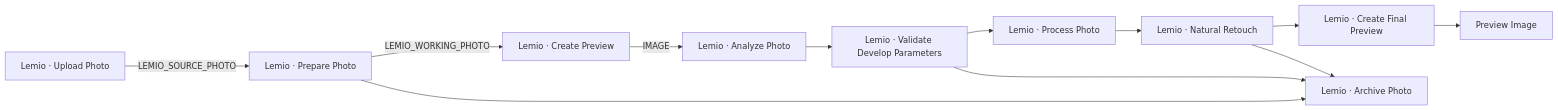
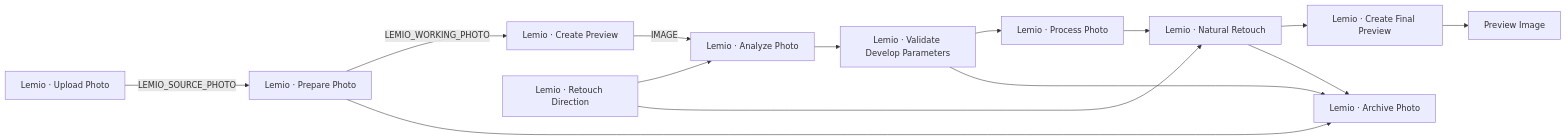
The diagram in README.md (yanxiangrong/ComfyUI-Photo-Pipeline), drawn with Mermaid before and after one commit. The commit also changed other lines of this file and 6 other files, not shown here.

````diff
--- a/README.md
+++ b/README.md
@@ -7,14 +7,16 @@
 ```mermaid
 flowchart LR
   A[Lemio · Upload Photo] -->|LEMIO_SOURCE_PHOTO| B[Lemio · Prepare Photo]
   B -->|LEMIO_WORKING_PHOTO| C[Lemio · Create Preview]
+  R[Lemio · Retouch Direction] --> D
+  R --> G
   C -->|IMAGE| D[Lemio · Analyze Photo]
   D --> E[Lemio · Validate Develop Parameters]
   E --> F[Lemio · Process Photo]
   F --> G[Lemio · Natural Retouch]
   G --> H[Lemio · Create Final Preview]
   H --> I[Preview Image]
   B --> J[Lemio · Archive Photo]
   E --> J
   G --> J
 ```
````
